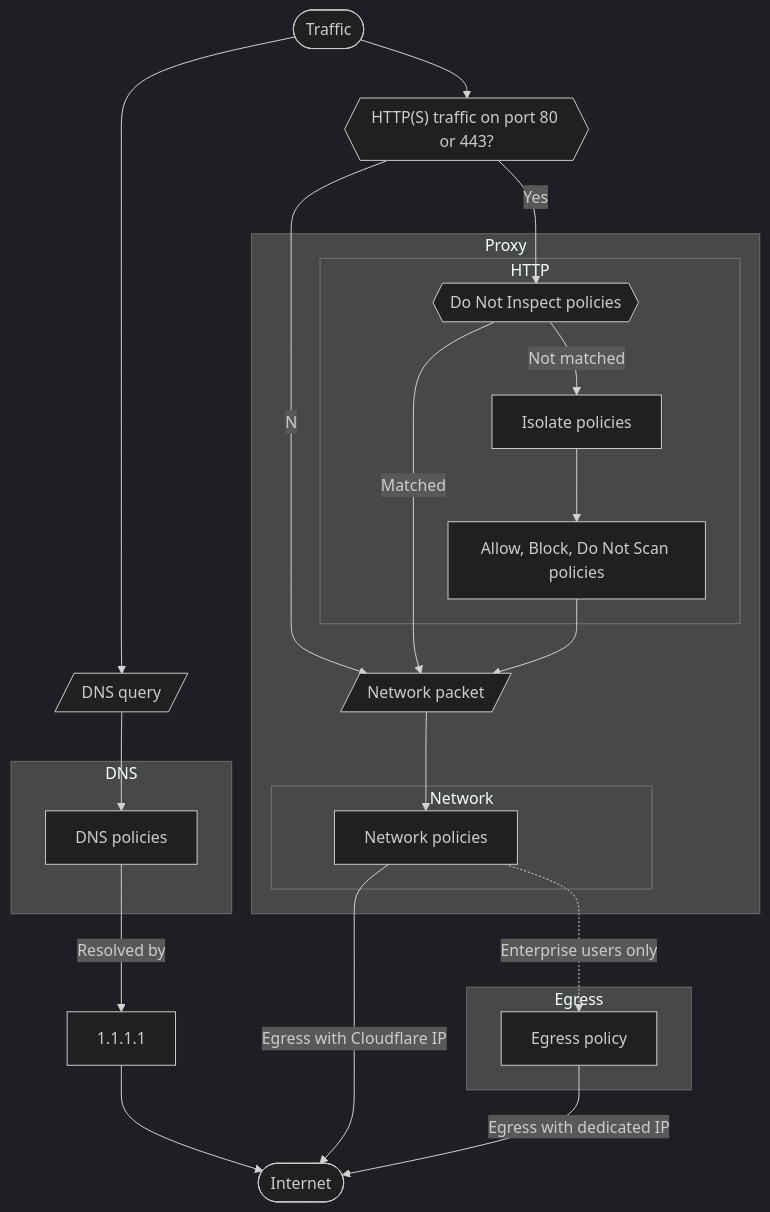
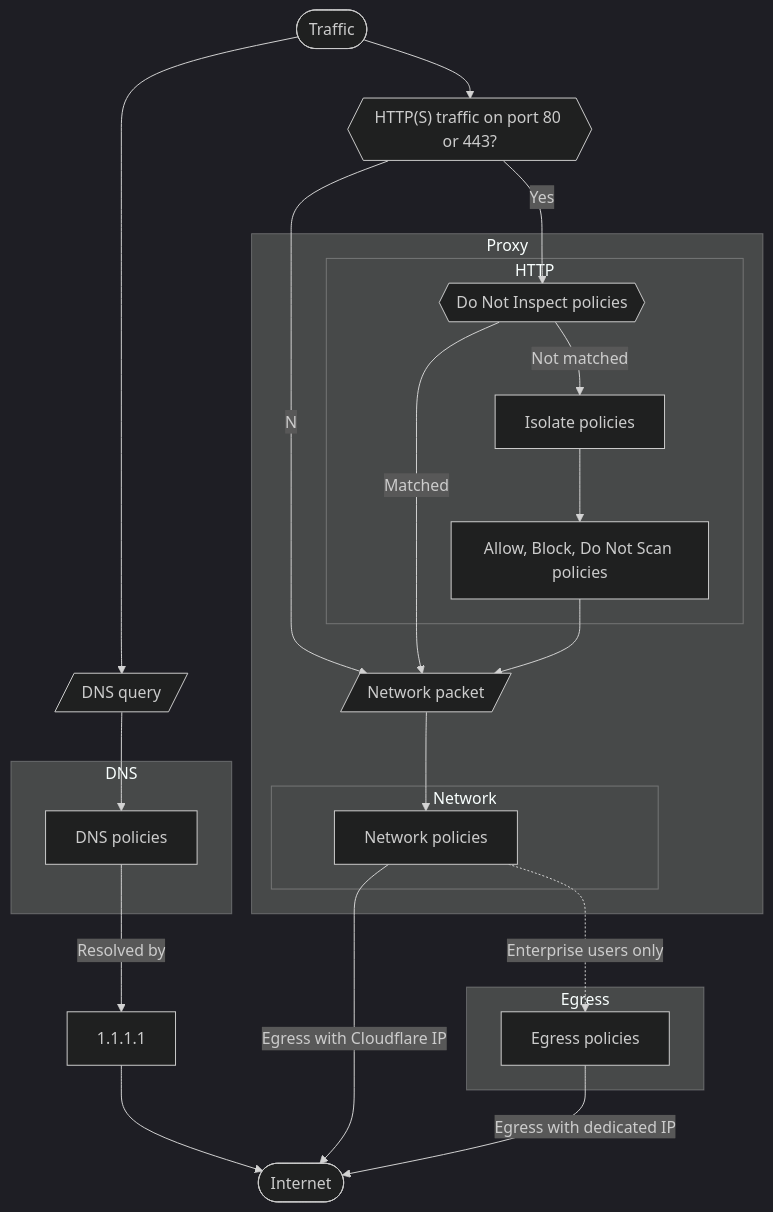
One commit to cloudflare/cloudflare-docs changed the diagram in content/cloudflare-one/policies/gateway/order-of-enforcement.md. Above: the diagram before and after it, drawn with Mermaid (dark theme).

````diff
--- a/content/cloudflare-one/policies/gateway/order-of-enforcement.md
+++ b/content/cloudflare-one/policies/gateway/order-of-enforcement.md
@@ -11,43 +11,43 @@
 ```mermaid
 flowchart TB
     %% In with user traffic
     start(["Traffic"])-->dns0[/"DNS query"/]-->dns1
     start-->http0{{"HTTP(S) traffic on port 80 or 443?"}}
     http0--Yes-->http1
     http0--No-->network0
 
     %% DNS policies
     subgraph DNS
     dns1["DNS policies"]
     end
     dns1--Resolved by-->dns2["1.1.1.1"]-->internet
 
     %% Proxied by Gateway
     subgraph Proxy
 
     %% HTTP policies
     subgraph HTTP
     http1{{"Do Not Inspect policies"}}
     http1--Not matched-->http2["Isolate policies"]
     http2-->http3["Allow, Block, Do Not Scan policies"]
     end
 
     http1--Matched-->network0
     http3-->network0
     network0[/"Network packet"/]-->network1
 
     %% Network policies
     subgraph Network
     network1["Network policies"]
     end
     end
 
     %% Egress
     subgraph Egress
-    network1-.Enterprise users only.->egress1[Egress policy]
+    network1-.Enterprise users only.->egress1[Egress policies]
     end
 
     %% Finish
     network1--Egress with Cloudflare IP-->internet([Internet])
     egress1--Egress with dedicated IP-->internet
 ```
````
